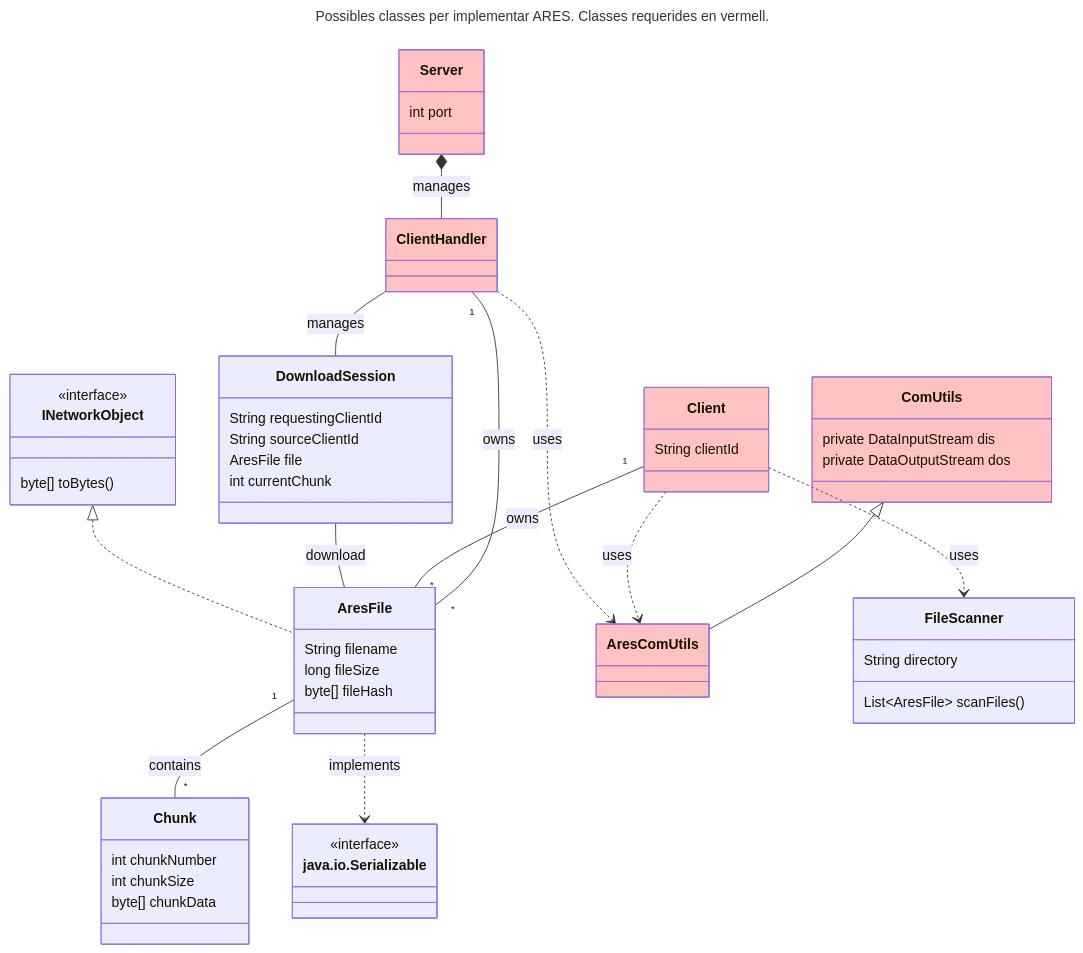
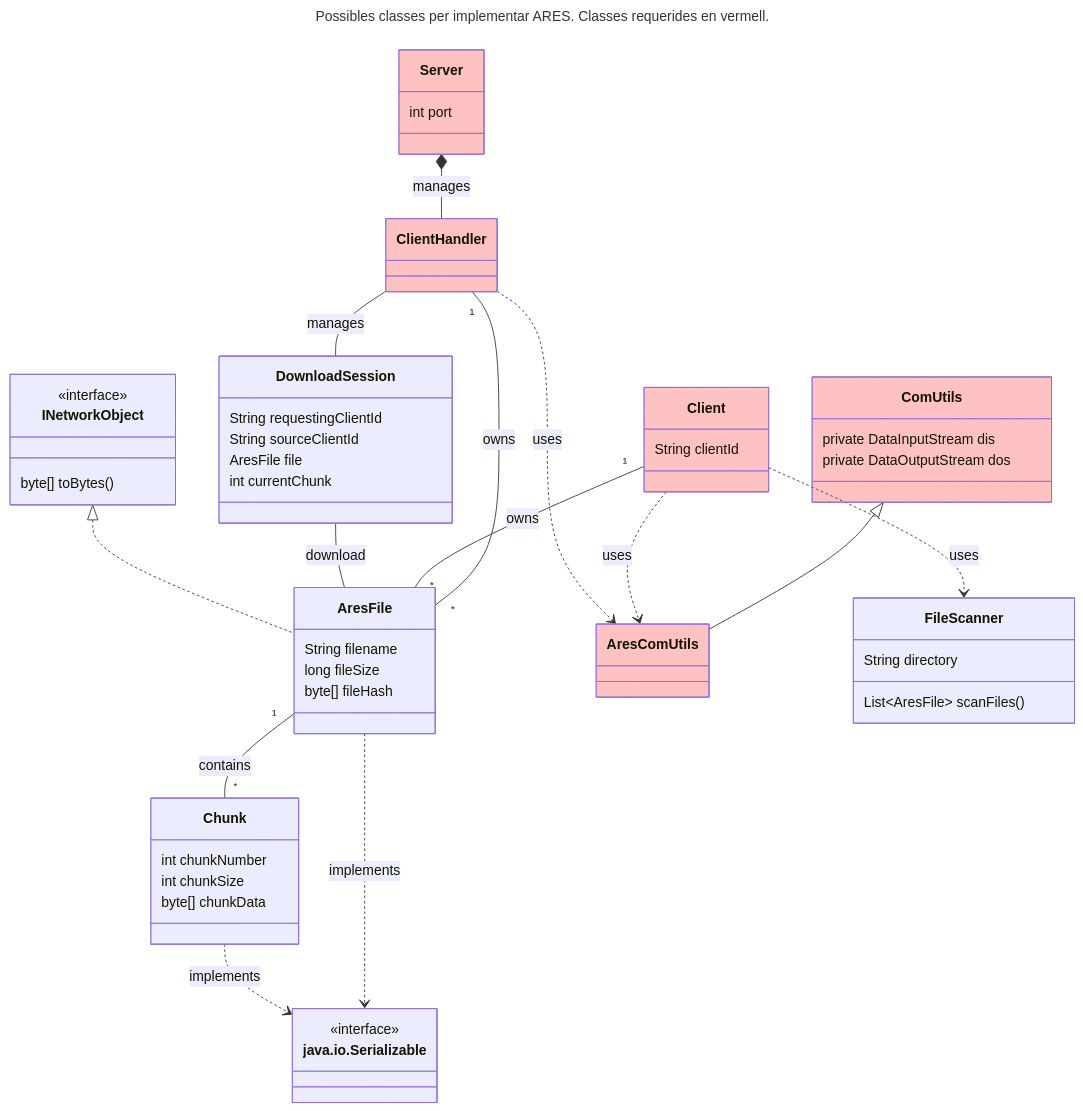
One commit to SoftwareDistribuitUB-2026/Enunciat-PR1 changed the diagram in Sessions/sessio_1.md. Above: the diagram before and after it, drawn with Mermaid. The commit also changed other lines of this file and 3 other files, not shown here.

````diff
--- a/Sessions/sessio_1.md
+++ b/Sessions/sessio_1.md
@@ -19,60 +19,61 @@
 ```mermaid
 ---
 title: Possibles classes per implementar ARES. Classes requerides en vermell.
 ---
 classDiagram    
     class ComUtils:::mandatoryClass {
         private DataInputStream dis
         private DataOutputStream dos
     }
     class ClientHandler:::mandatoryClass
     class Server:::mandatoryClass {
         int port
     }
     class Client:::mandatoryClass {
         String clientId
     }
     class INetworkObject {
         <<interface>>
         byte[] toBytes()
     }    
     class AresFile {
         String filename
         long fileSize
         byte[] fileHash
     }
     class java.io.Serializable {
         <<interface>>
     }
     class AresComUtils:::mandatoryClass
     class FileScanner {
         String directory
         List~AresFile~ scanFiles()
     }
     class Chunk {
         int chunkNumber
         int chunkSize
         byte[] chunkData
     }
     class DownloadSession {
         String requestingClientId
         String sourceClientId
         AresFile file
         int currentChunk
     }
     ComUtils <|-- AresComUtils     
     Server *-- ClientHandler: manages
     ClientHandler "1" -- "*" AresFile: owns
     Client "1" -- "*" AresFile: owns
     ClientHandler  --  DownloadSession: manages
     DownloadSession -- AresFile: download
     AresFile "1" -- "*" Chunk: contains
     Client ..> FileScanner: uses
     Client ..> AresComUtils: uses
     ClientHandler ..> AresComUtils: uses
     INetworkObject <|.. AresFile
     AresFile ..> java.io.Serializable: implements
+    Chunk ..> java.io.Serializable: implements
 
     classDef mandatoryClass fill:#ff00003d
 
 ```
````
